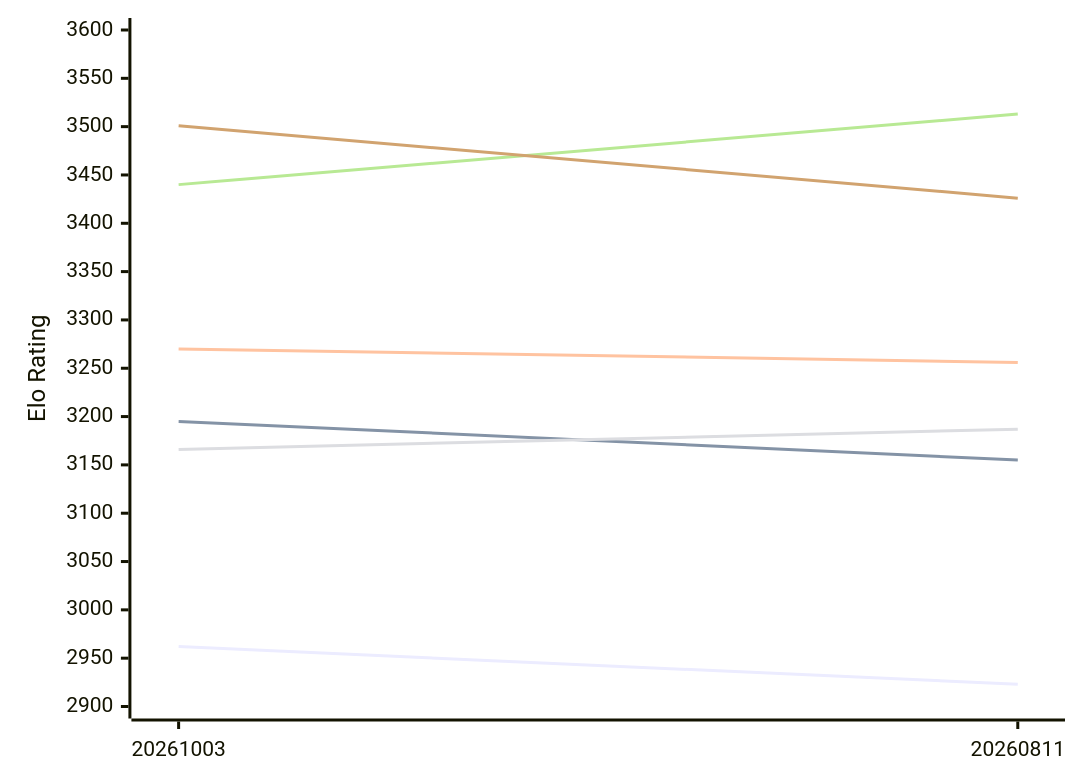
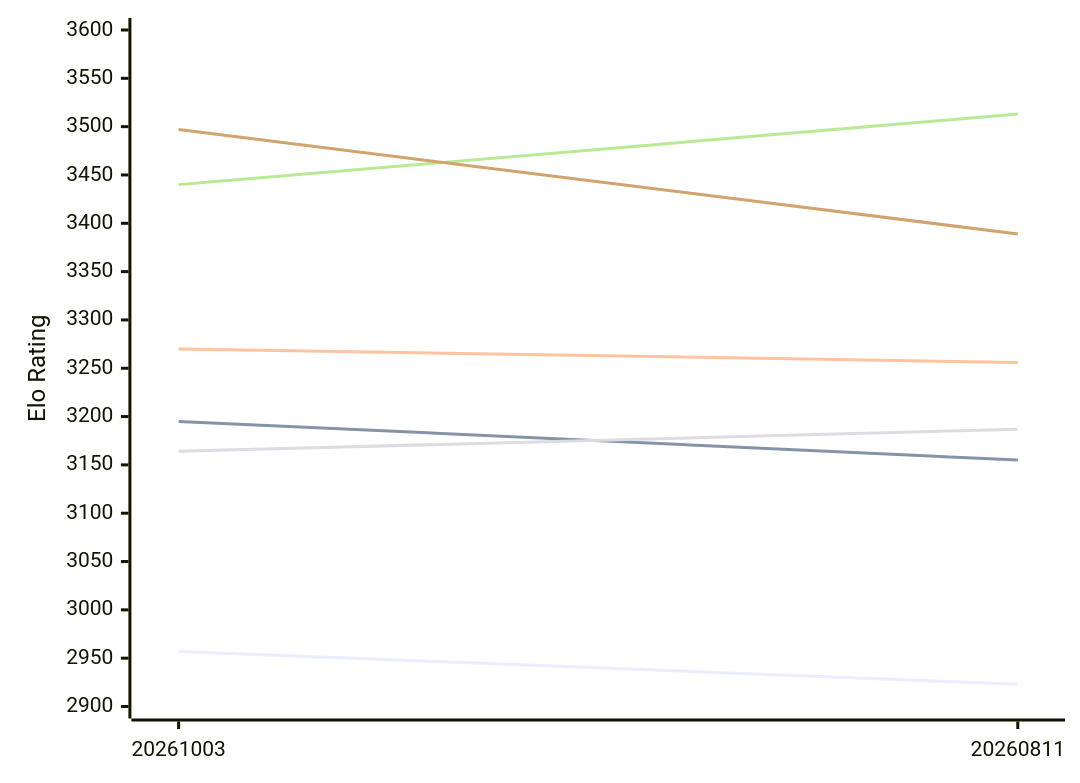
The first of 2 diagrams in engines/Askaig.md (computer-chess-index/cci), drawn with Mermaid before and after one commit. The commit also changed other lines of this file, not shown here.

Commit message:
Update CCI Ratings (ELO VLTC) - 2026-10-11

````diff
--- a/engines/Askaig.md
+++ b/engines/Askaig.md
@@ -52,12 +52,12 @@
 ```mermaid
 %%{init: {"theme":"base","themeVariables":{"seriesColors:['#a3a3a3','#222221','#faa371']}}}%%
 xychart-beta
   x-axis ["20261003", "20260811"]
   y-axis "Elo Rating" 2900 --> 3600
-  line "E1: STC (8.0+0.08s)" [2962, 2923]
+  line "E1: STC (8.0+0.08s)" [2957, 2923]
   line "E1: LTC (60.0+0.60s)" [3195, 3155]
   line "E1: VLTC (2m24s+1.12s)" [3270, 3256]
-  line "P1: STC (8.0+0.08s)" [3166, 3187]
+  line "P1: STC (8.0+0.08s)" [3164, 3187]
   line "P1: LTC (60.0+0.60s)" [3440, 3513]
-  line "P1: VLTC (2m24s+1.12s)" [3501, 3426]
+  line "P1: VLTC (2m24s+1.12s)" [3497, 3389]
 ```
````
